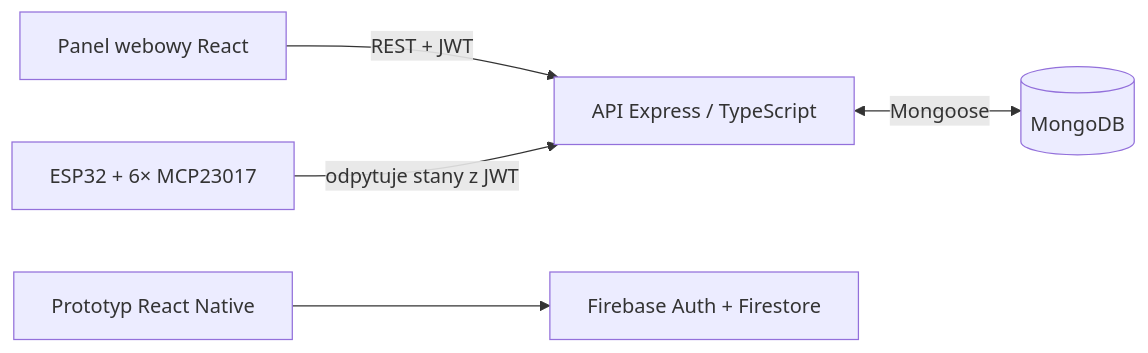
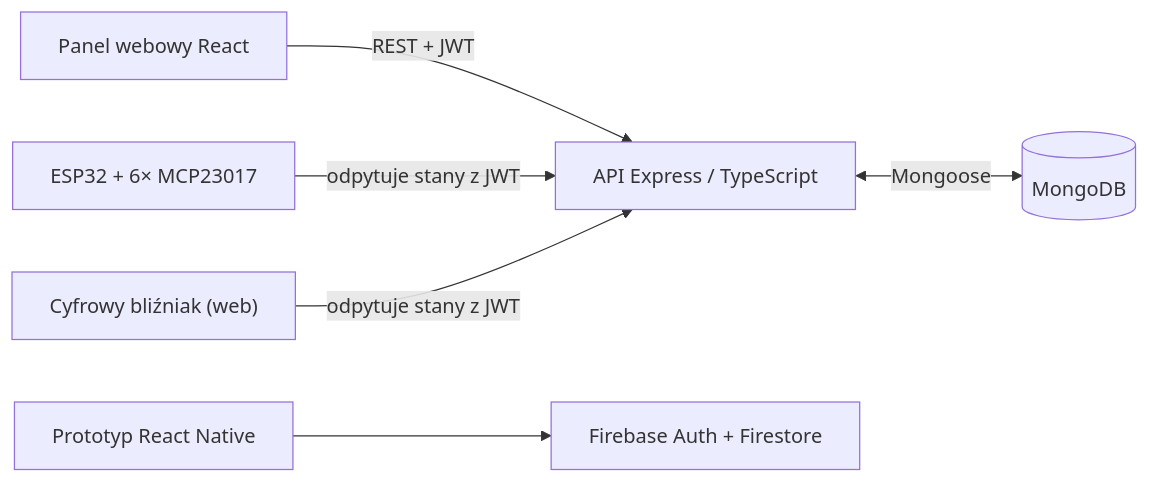
One commit to Kamilr616/smart_city_hub changed the diagram in docs/DOCUMENTATION.pl.md. Above: the diagram before and after it, drawn with Mermaid. The commit also changed other lines of this file and 8 other files, not shown here.

Commit message:
feat(api): accept a list of CORS origins; document the digital twin client

````diff
--- a/docs/DOCUMENTATION.pl.md
+++ b/docs/DOCUMENTATION.pl.md
@@ -14,7 +14,8 @@
 ```mermaid
 flowchart LR
     WEB["Panel webowy React"] -->|"REST + JWT"| API["API Express / TypeScript"]
     ESP["ESP32 + 6× MCP23017"] -->|"odpytuje stany z JWT"| API
     API <-->|"Mongoose"| DB[(MongoDB)]
     MOBILE["Prototyp React Native"] --> FB["Firebase Auth + Firestore"]
+    Twin["Cyfrowy bliźniak (web)"] -->|"odpytuje stany z JWT"| API
 ```
````
